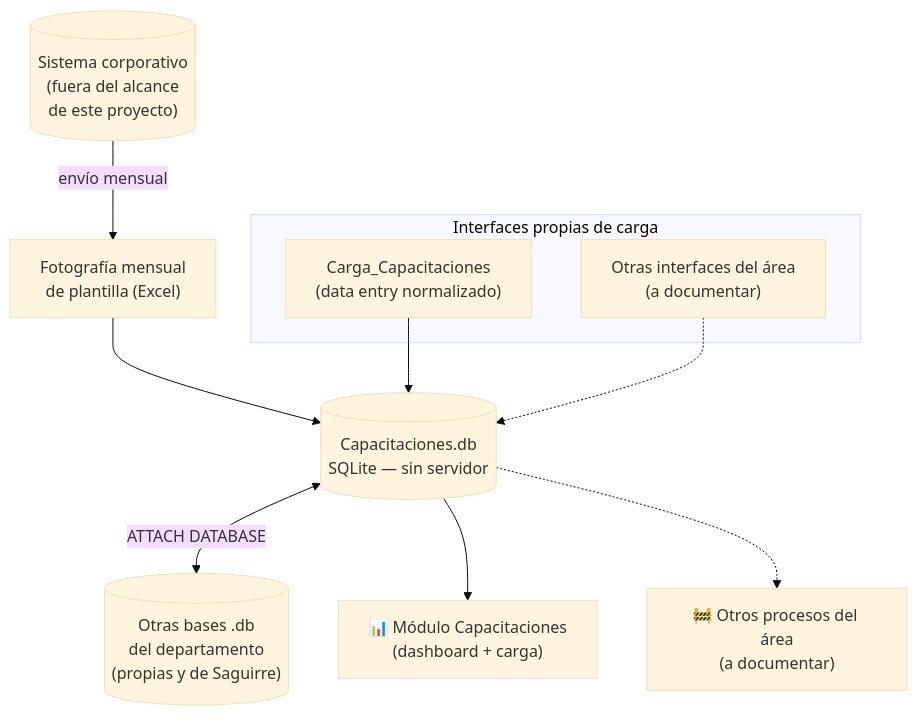
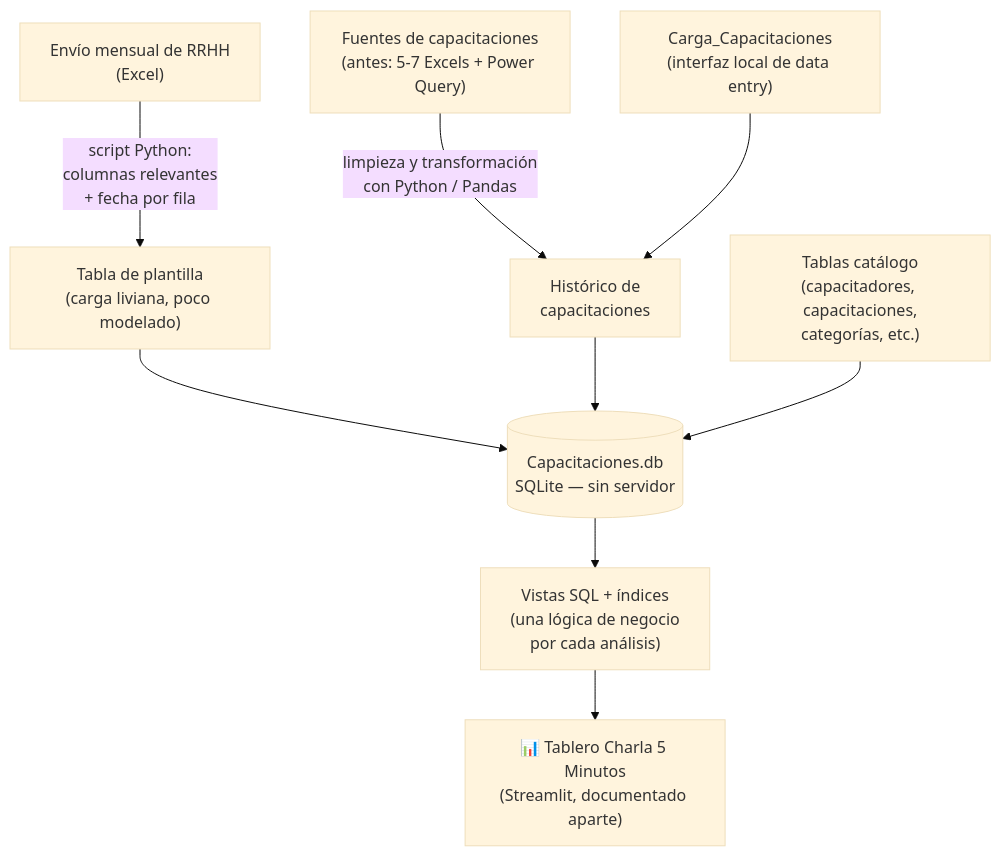
Before and after one commit to jminolli-e/case-studies: the second of 3 diagrams in capacitaciones.db/README.md, drawn with Mermaid (base theme). The commit also changed other lines of this file, not shown here.

````diff
--- a/capacitaciones.db/README.md
+++ b/capacitaciones.db/README.md
@@ -53,18 +62,13 @@
 ```mermaid
 flowchart TB
-    ORA[("Sistema corporativo<br/>(fuera del alcance<br/>de este proyecto)")]
-    ORA -->|"envío mensual"| SNAP["Fotografía mensual<br/>de plantilla (Excel)"]
-    SNAP --> DB[("Capacitaciones.db<br/>SQLite — sin servidor")]
+    RRHH["Envío mensual de RRHH<br/>(Excel)"] -->|"script Python:<br/>columnas relevantes<br/>+ fecha por fila"| PLANT["Tabla de plantilla<br/>(carga liviana, poco modelado)"]
+    ORIG["Fuentes de capacitaciones<br/>(antes: 5-7 Excels + Power Query)"] -->|"limpieza y transformación<br/>con Python / Pandas"| HIST["Histórico de<br/>capacitaciones"]
+    CARGA["Carga_Capacitaciones<br/>(interfaz local de data entry)"] --> HIST
 
-    subgraph Interfaces["Interfaces propias de carga"]
-        CC["Carga_Capacitaciones<br/>(data entry normalizado)"]
-        OTRAS["Otras interfaces del área<br/>(a documentar)"]
-    end
-    CC --> DB
-    OTRAS -.-> DB
+    PLANT --> DB[("Capacitaciones.db<br/>SQLite — sin servidor")]
+    HIST --> DB
+    CAT["Tablas catálogo<br/>(capacitadores, capacitaciones,<br/>categorías, etc.)"] --> DB
 
-    DB <-->|"ATTACH DATABASE"| OTHERDB[("Otras bases .db<br/>del departamento<br/>(propias y de Saguirre)")]
-
-    DB --> M1["📊 Módulo Capacitaciones<br/>(dashboard + carga)"]
-    DB -.-> M2["🚧 Otros procesos del área<br/>(a documentar)"]
+    DB --> V["Vistas SQL + índices<br/>(una lógica de negocio<br/>por cada análisis)"]
+    V --> DASH["📊 Tablero Charla 5 Minutos<br/>(Streamlit, documentado aparte)"]
 ```
````
